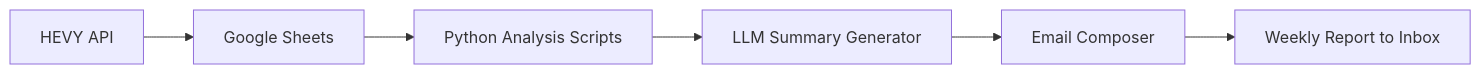
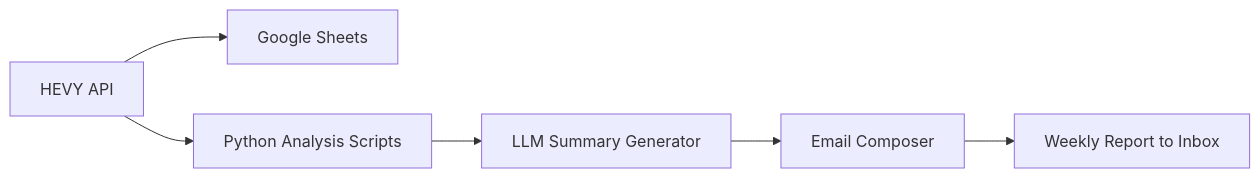
One commit to AbhiCogito/100-days-of-code-python changed the diagram in Capstone_Projects/GymTracker/README.md. Above: the diagram before and after it, drawn with Mermaid. The commit also changed other lines of this file and 1 other file, not shown here.

````diff
--- a/Capstone_Projects/GymTracker/README.md
+++ b/Capstone_Projects/GymTracker/README.md
@@ -117,8 +173,8 @@
 ```mermaid
 flowchart LR
 A[HEVY API] --> B[Google Sheets]
-B --> C[Python Analysis Scripts]
+A --> C[Python Analysis Scripts]
 C --> D[LLM Summary Generator]
 D --> E[Email Composer]
 E --> F[Weekly Report to Inbox]
 ```
````
